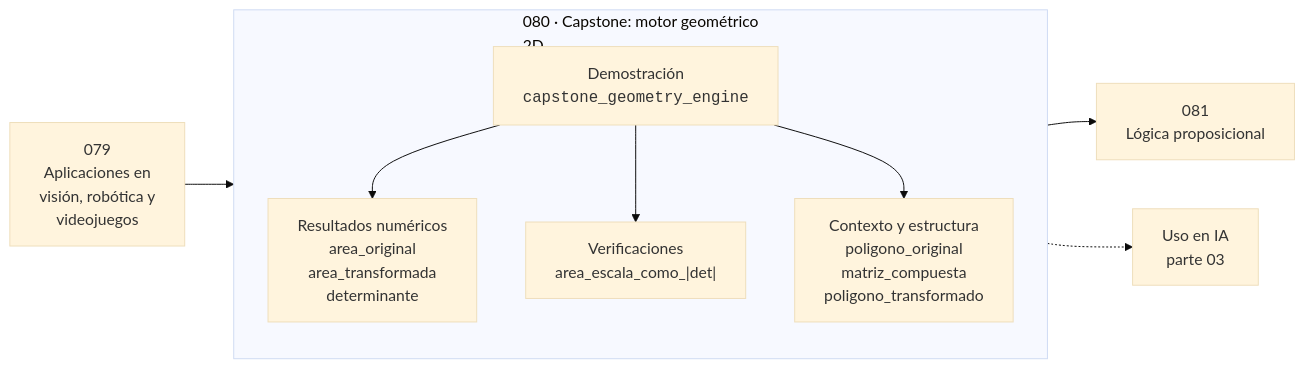
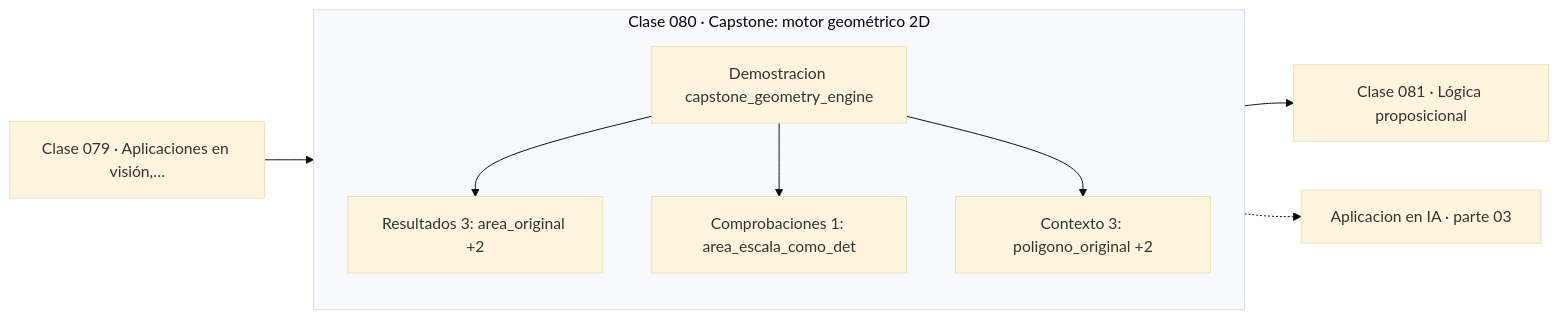
One commit to vladimiracunadev-create/computational-mathematics-program changed the diagram in classes/part-03-geometria-trigonometria-y-geometria-analitica/080-capstone-motor-geometrico-2d/README.md. Above: the diagram before and after it, drawn with Mermaid (base theme). The commit also changed 389 other files, not shown here.

First line of the commit message:
fix(diagramas): elimina el HTML de las etiquetas Mermaid

````diff
--- a/classes/part-03-geometria-trigonometria-y-geometria-analitica/080-capstone-motor-geometrico-2d/README.md
+++ b/classes/part-03-geometria-trigonometria-y-geometria-analitica/080-capstone-motor-geometrico-2d/README.md
@@ -35,12 +35,13 @@
 ```mermaid
 flowchart LR
-    P["079<br/>Aplicaciones en<br/>visión, robótica y<br/>videojuegos"] --> C
-    subgraph C["080 · Capstone: motor geométrico<br/>2D"]
+    P["Clase 079 · Aplicaciones en visión,…"] --> D
+    subgraph CLASE["Clase 080 · Capstone: motor geométrico 2D"]
         direction TB
-        D["Demostración<br/><code>capstone_geometry_engine</code>"] --> R["Resultados numéricos<br/>area_original<br/>area_transformada<br/>determinante"]
-        D --> V["Verificaciones<br/>area_escala_como_|det|"]
-        D --> O["Contexto y estructura<br/>poligono_original<br/>matriz_compuesta<br/>poligono_transformado"]
+        D["Demostracion capstone_geometry_engine"]
+        D --> R["Resultados 3: area_original +2"]
+        D --> V["Comprobaciones 1: area_escala_como_det"]
+        D --> O["Contexto 3: poligono_original +2"]
     end
-    C --> N["081<br/>Lógica proposicional"]
-    C -.-> IA["Uso en IA<br/>parte 03"]
+    R --> N["Clase 081 · Lógica proposicional"]
+    V -.-> IA["Aplicacion en IA · parte 03"]
 ```
````
